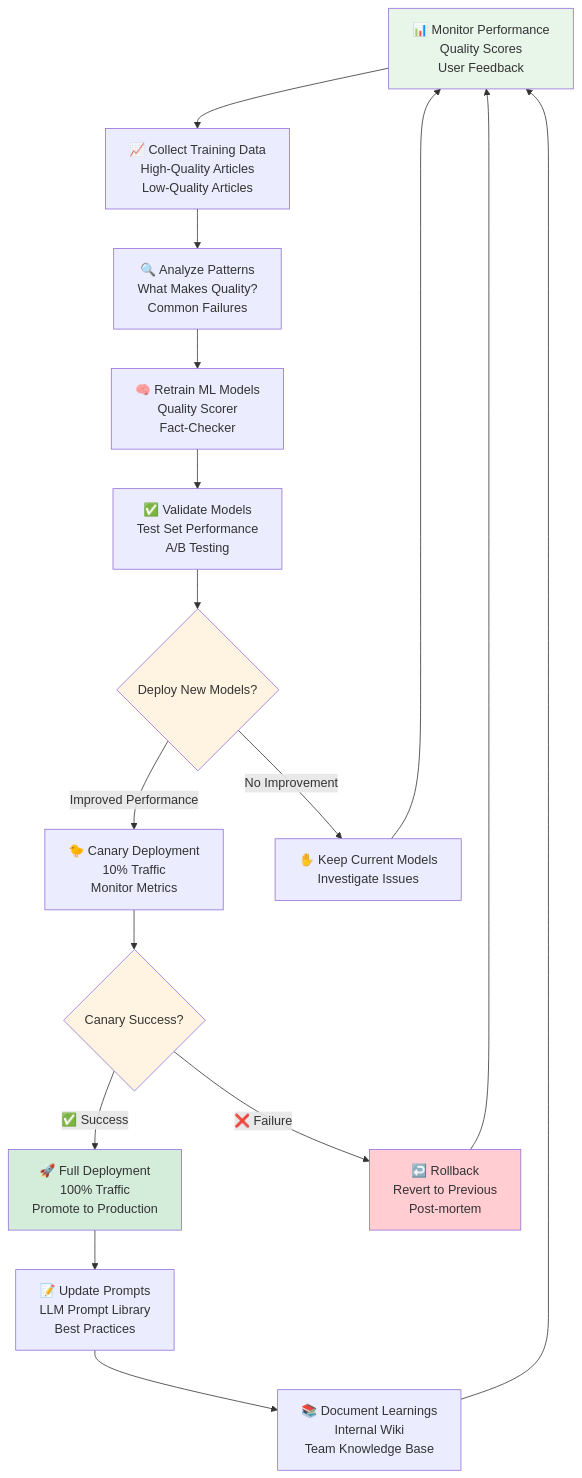
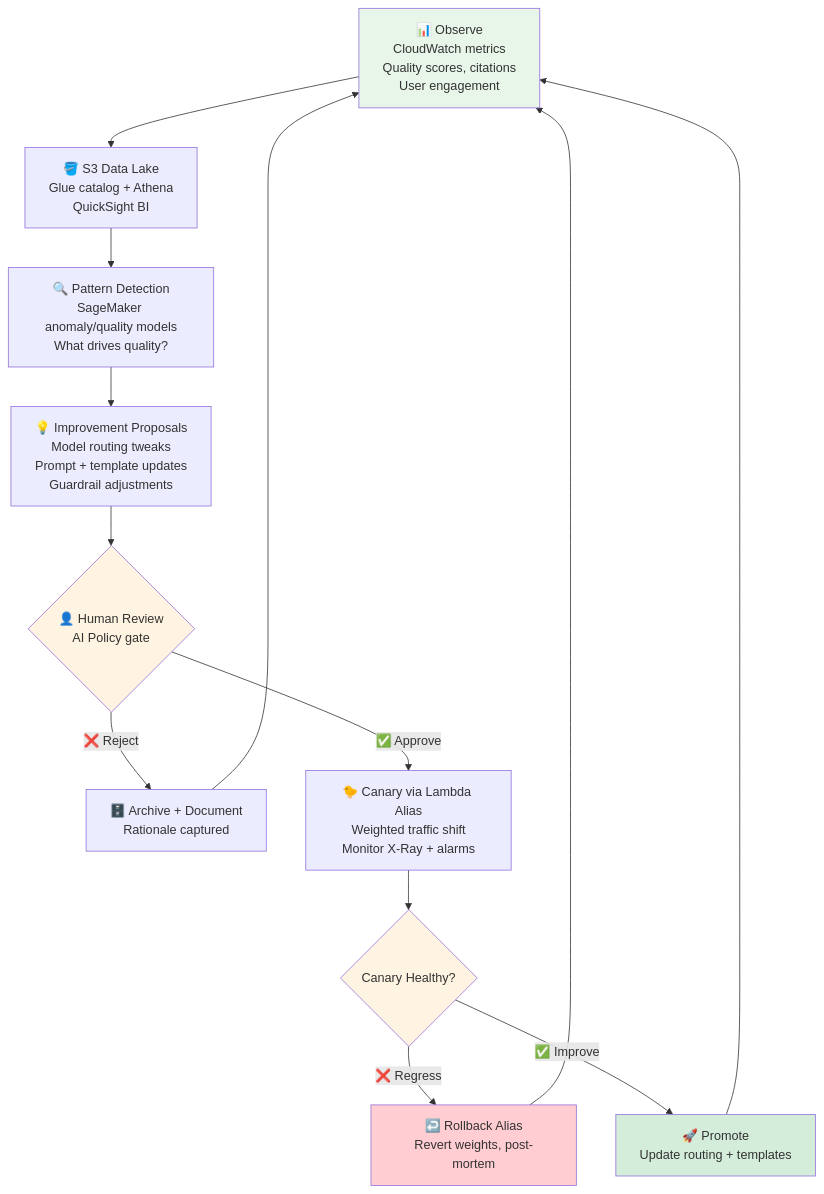
One commit to Hack23/euparliamentmonitor changed the eighth of 8 diagrams in FUTURE_FLOWCHART.md. Above: the diagram before and after it, drawn with Mermaid. The commit also changed other lines of this file and 5 other files, not shown here.

Commit message:
docs: rewrite FUTURE architecture portfolio for v2.0/v3.0 all-in-AWS vision

````diff
--- a/FUTURE_FLOWCHART.md
+++ b/FUTURE_FLOWCHART.md
@@ -605,34 +497,27 @@
 ```mermaid
 flowchart TD
-    MonitorPerformance[📊 Monitor Performance<br/>Quality Scores<br/>User Feedback] --> CollectData[📈 Collect Training Data<br/>High-Quality Articles<br/>Low-Quality Articles]
+    Observe[📊 Observe<br/>CloudWatch metrics<br/>Quality scores, citations<br/>User engagement] --> Lake[🪣 S3 Data Lake<br/>Glue catalog + Athena<br/>QuickSight BI]
 
-    CollectData --> AnalyzePatterns[🔍 Analyze Patterns<br/>What Makes Quality?<br/>Common Failures]
+    Lake --> Detect[🔍 Pattern Detection<br/>SageMaker anomaly/quality models<br/>What drives quality?]
 
-    AnalyzePatterns --> RetrainModels[🧠 Retrain ML Models<br/>Quality Scorer<br/>Fact-Checker]
+    Detect --> Propose[💡 Improvement Proposals<br/>Model routing tweaks<br/>Prompt + template updates<br/>Guardrail adjustments]
 
-    RetrainModels --> ValidateModels[✅ Validate Models<br/>Test Set Performance<br/>A/B Testing]
+    Propose --> Human{👤 Human Review<br/>AI Policy gate}
 
-    ValidateModels --> DeployModels{Deploy New Models?}
+    Human -->|❌ Reject| Archive[🗄️ Archive + Document<br/>Rationale captured]
+    Human -->|✅ Approve| Canary[🐤 Canary via Lambda Alias<br/>Weighted traffic shift<br/>Monitor X-Ray + alarms]
 
-    DeployModels -->|Improved Performance| CanaryDeploy[🐤 Canary Deployment<br/>10% Traffic<br/>Monitor Metrics]
-    DeployModels -->|No Improvement| KeepCurrent[✋ Keep Current Models<br/>Investigate Issues]
+    Canary --> Result{Canary Healthy?}
+    Result -->|❌ Regress| Rollback[↩️ Rollback Alias<br/>Revert weights, post-mortem]
+    Result -->|✅ Improve| Promote[🚀 Promote<br/>Update routing + templates]
 
-    CanaryDeploy --> CanaryResults{Canary Success?}
-    CanaryResults -->|✅ Success| FullDeploy[🚀 Full Deployment<br/>100% Traffic<br/>Promote to Production]
-    CanaryResults -->|❌ Failure| Rollback[↩️ Rollback<br/>Revert to Previous<br/>Post-mortem]
+    Promote --> Observe
+    Rollback --> Observe
+    Archive --> Observe
 
-    FullDeploy --> UpdatePrompts[📝 Update Prompts<br/>LLM Prompt Library<br/>Best Practices]
-
-    UpdatePrompts --> DocumentLearnings[📚 Document Learnings<br/>Internal Wiki<br/>Team Knowledge Base]
-
-    DocumentLearnings --> MonitorPerformance
-
-    KeepCurrent --> MonitorPerformance
-    Rollback --> MonitorPerformance
-
-    style MonitorPerformance fill:#e8f5e9
-    style DeployModels fill:#fff4e1
-    style CanaryResults fill:#fff4e1
-    style FullDeploy fill:#d4edda
+    style Observe fill:#e8f5e9
+    style Human fill:#fff4e1
+    style Result fill:#fff4e1
     style Rollback fill:#ffcdd2
+    style Promote fill:#d4edda
 ```
````
